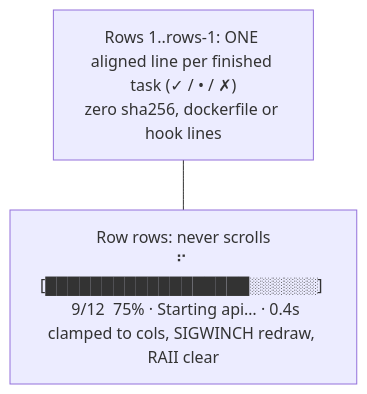
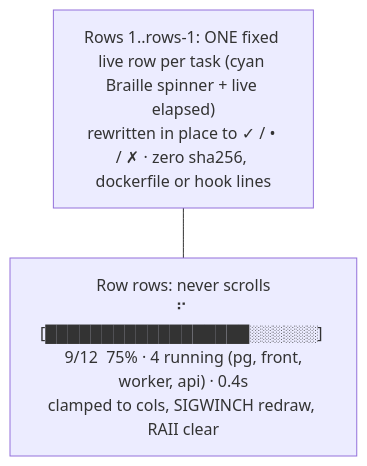
One commit to OffworldNexus/slipfork changed the second of 2 diagrams in specs/02-cli-ux.md. Above: the diagram before and after it, drawn with Mermaid. The commit also changed other lines of this file and 21 other files, not shown here.

Commit message:
[M3.57.3] Plan frame at t=0, precomputed columns and live per-task rows

````diff
--- a/specs/02-cli-ux.md
+++ b/specs/02-cli-ux.md
@@ -107,6 +107,6 @@
 ```mermaid
 flowchart TD
-  Region["Rows 1..rows-1: ONE aligned line per finished task (✓ / • / ✗)<br/>zero sha256, dockerfile or hook lines"]
-  Panel["Row rows: never scrolls<br/>⠋ [██████████████████░░░░░░]  9/12  75% · Starting api… · 0.4s<br/>clamped to cols, SIGWINCH redraw, RAII clear"]
+  Region["Rows 1..rows-1: ONE fixed live row per task (cyan Braille spinner + live elapsed)<br/>rewritten in place to ✓ / • / ✗ · zero sha256, dockerfile or hook lines"]
+  Panel["Row rows: never scrolls<br/>⠋ [██████████████████░░░░░░]  9/12  75% · 4 running (pg, front, worker, api) · 0.4s<br/>clamped to cols, SIGWINCH redraw, RAII clear"]
   Region --- Panel
 ```
````
